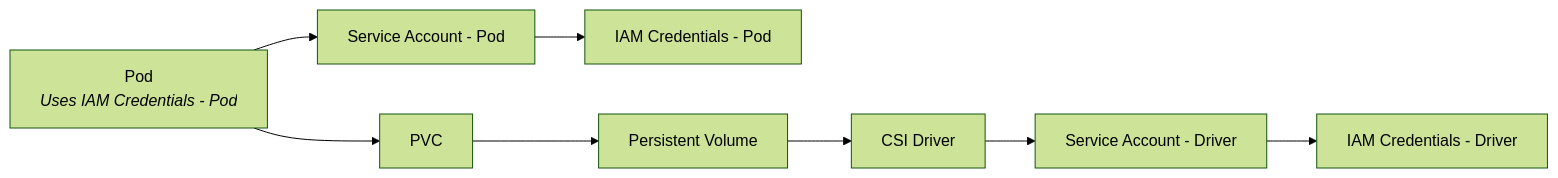
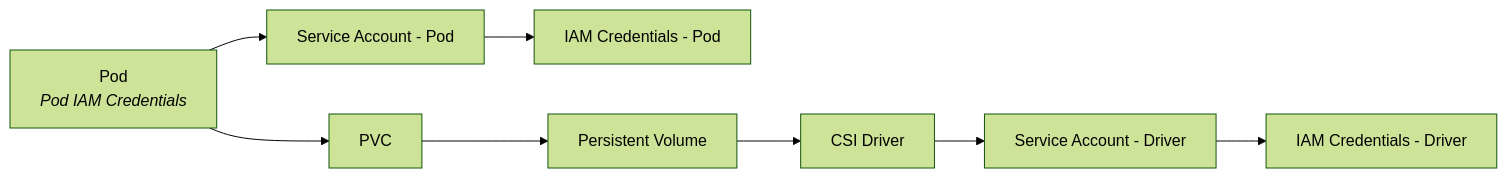
Before and after one commit to awslabs/mountpoint-s3-csi-driver: the second of 2 diagrams in docs/CONFIGURATION.md, drawn with Mermaid (forest theme). The commit also changed other lines of this file, not shown here.

Commit message:
Fix mermaid rendering for driver level credentials

````diff
--- a/docs/CONFIGURATION.md
+++ b/docs/CONFIGURATION.md
@@ -58,28 +58,28 @@
 ```mermaid
 graph LR;
     CSI[CSI Driver]
 
     P["`Pod
-    *Uses IAM Credentials - Pod*`"]
+    *Pod IAM Credentials*`"]
 
     SA_D[Service Account - Driver]
     SA_P[Service Account - Pod]
 
     IAM_D[IAM Credentials - Driver]
     IAM_P[IAM Credentials - Pod]
 
     PV[Persistent Volume]
     PVC[PVC]
 
     P --> PVC
 
     PVC --> PV
 
     PV --> CSI
 
     CSI --> SA_D
     P --> SA_P
 
     SA_D --> IAM_D
     SA_P --> IAM_P
 ```
````
